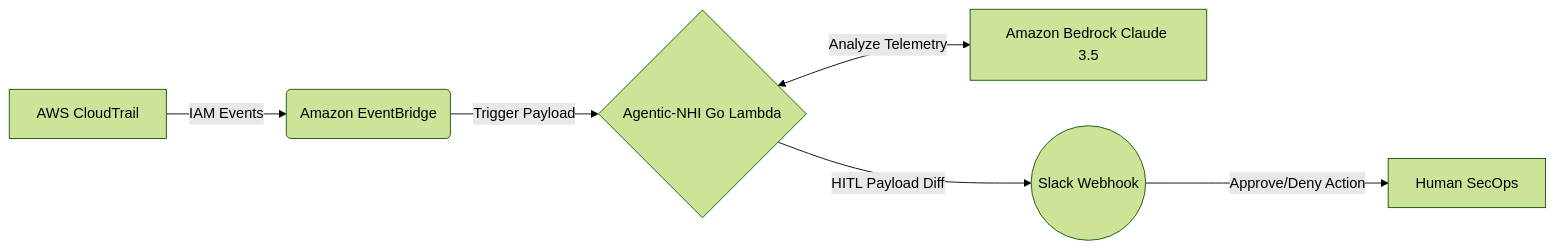
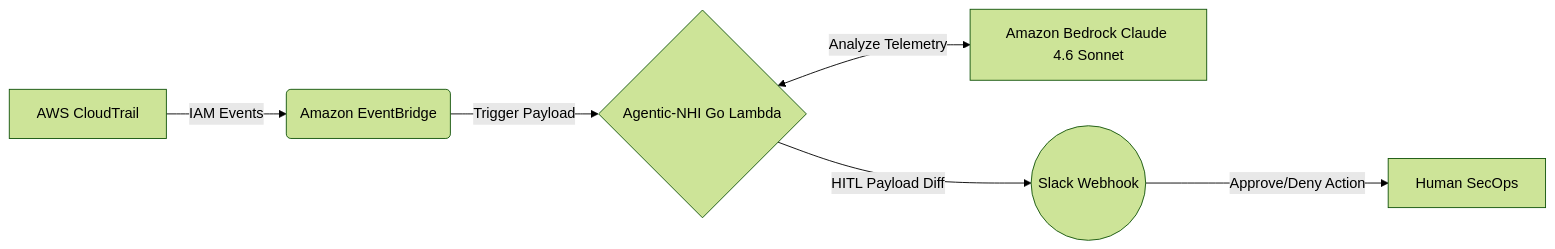
Before and after one commit to Yusomii/Agentic-NHI: the diagram in README.md, drawn with Mermaid (forest theme). The commit also changed other lines of this file, not shown here.

Commit message:
docs: align readme architecture and tech stack with claude 4.6 upgrade

````diff
--- a/README.md
+++ b/README.md
@@ -7,8 +7,8 @@
 ```mermaid
 graph LR
     A[AWS CloudTrail] -->|IAM Events| B(Amazon EventBridge)
     B -->|Trigger Payload| C{Agentic-NHI Go Lambda}
-    C <-->|Analyze Telemetry| D[Amazon Bedrock Claude 3.5]
+    C <-->|Analyze Telemetry| D[Amazon Bedrock Claude 4.6 Sonnet]
     C -->|HITL Payload Diff| E((Slack Webhook))
     E -->|Approve/Deny Action| F[Human SecOps]
 ```
````
